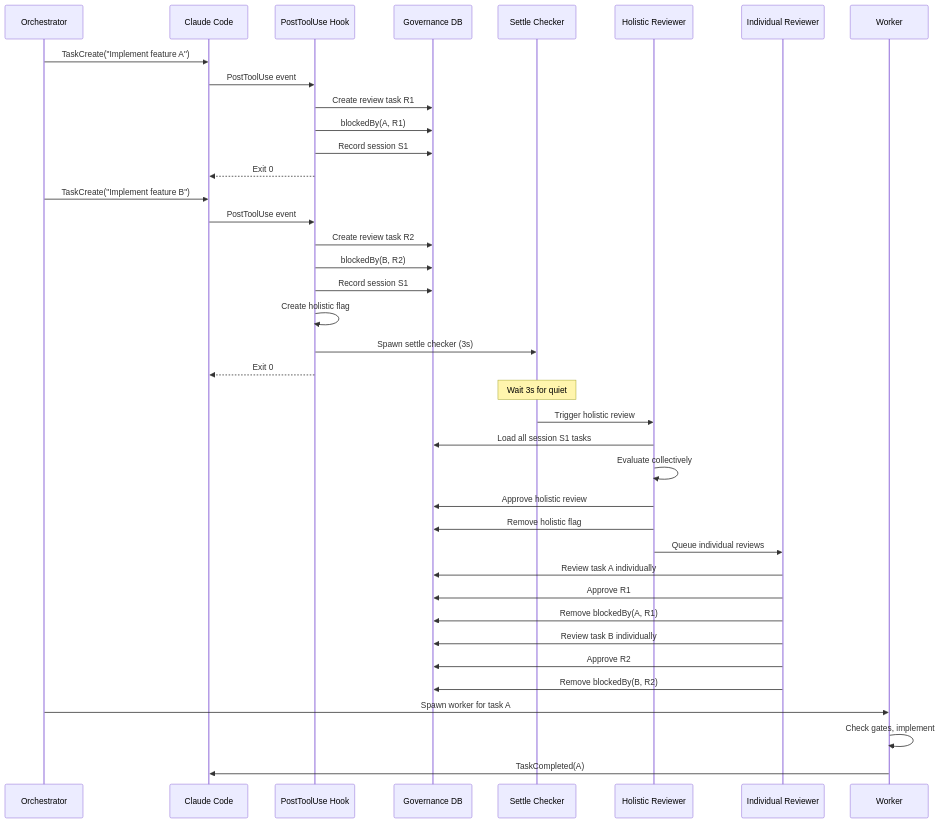
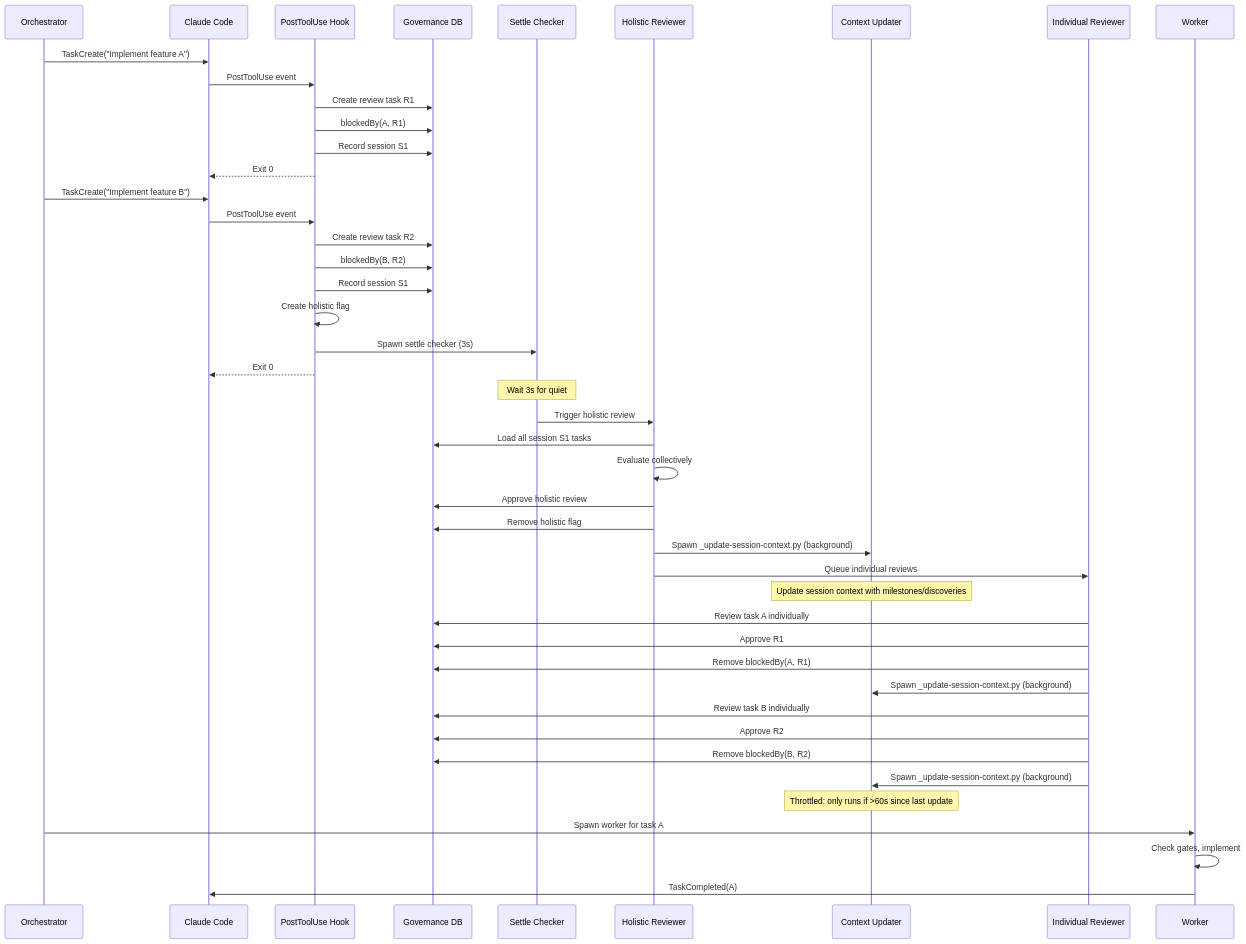
One commit to sirfifer/agent-vision-team changed the diagram in docs/architecture/flows/task-governance-flow.md. Above: the diagram before and after it, drawn with Mermaid. The commit also changed other lines of this file and 22 other files, not shown here.

Commit message:
feat: Introduce context reinforcement and session context features with new configuration, hooks, and supporting scripts.

````diff
--- a/docs/architecture/flows/task-governance-flow.md
+++ b/docs/architecture/flows/task-governance-flow.md
@@ -9,46 +9,54 @@
 ```mermaid
 sequenceDiagram
     participant O as Orchestrator
     participant CC as Claude Code
     participant PTU as PostToolUse Hook
     participant DB as Governance DB
     participant SC as Settle Checker
     participant HR as Holistic Reviewer
+    participant CU as Context Updater
     participant IR as Individual Reviewer
     participant W as Worker
 
     O->>CC: TaskCreate("Implement feature A")
     CC->>PTU: PostToolUse event
     PTU->>DB: Create review task R1
     PTU->>DB: blockedBy(A, R1)
     PTU->>DB: Record session S1
     PTU-->>CC: Exit 0
 
     O->>CC: TaskCreate("Implement feature B")
     CC->>PTU: PostToolUse event
     PTU->>DB: Create review task R2
     PTU->>DB: blockedBy(B, R2)
     PTU->>DB: Record session S1
     PTU->>PTU: Create holistic flag
     PTU->>SC: Spawn settle checker (3s)
     PTU-->>CC: Exit 0
 
     Note over SC: Wait 3s for quiet
     SC->>HR: Trigger holistic review
     HR->>DB: Load all session S1 tasks
     HR->>HR: Evaluate collectively
     HR->>DB: Approve holistic review
     HR->>DB: Remove holistic flag
+    HR->>CU: Spawn _update-session-context.py (background)
     HR->>IR: Queue individual reviews
+
+    Note over CU: Update session context with milestones/discoveries
 
     IR->>DB: Review task A individually
     IR->>DB: Approve R1
     IR->>DB: Remove blockedBy(A, R1)
+    IR->>CU: Spawn _update-session-context.py (background)
     IR->>DB: Review task B individually
     IR->>DB: Approve R2
     IR->>DB: Remove blockedBy(B, R2)
+    IR->>CU: Spawn _update-session-context.py (background)
+
+    Note over CU: Throttled: only runs if >60s since last update
 
     O->>W: Spawn worker for task A
     W->>W: Check gates, implement
     W->>CC: TaskCompleted(A)
 ```
````
